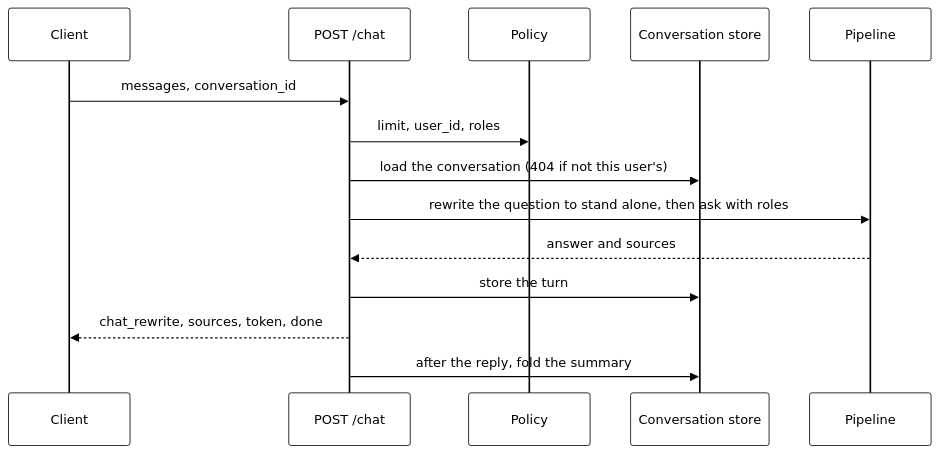
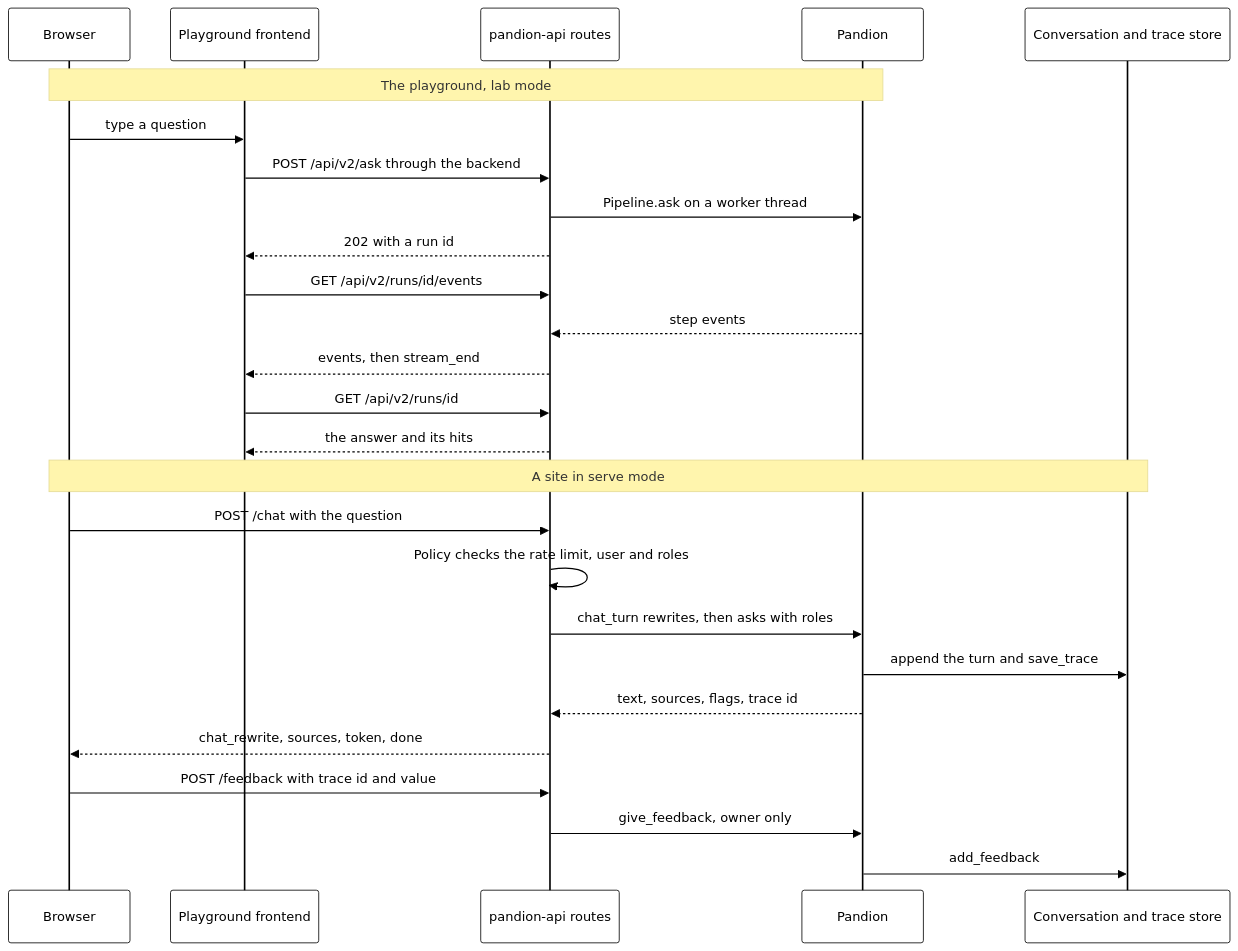
One commit to nadeem4/rag-playground changed the third of 4 diagrams in docs/architecture.md. Above: the diagram before and after it, drawn with Mermaid. The commit also changed other lines of this file, not shown here.

First line of the commit message:
docs: rewrite architecture around four diagrams (DOC3) (#269)

````diff
--- a/docs/architecture.md
+++ b/docs/architecture.md
@@ -460,17 +210,29 @@
 ```mermaid
 %%{init: {'theme':'base','themeVariables':{'primaryColor':'#ffffff','primaryTextColor':'#000000','primaryBorderColor':'#000000','lineColor':'#000000'}}}%%
 sequenceDiagram
-  participant C as Client
-  participant A as POST /chat
-  participant P as Policy
-  participant S as Conversation store
-  participant L as Pipeline
-  C->>A: messages, conversation_id
-  A->>P: limit, user_id, roles
-  A->>S: load the conversation (404 if not this user's)
-  A->>L: rewrite the question to stand alone, then ask with roles
-  L-->>A: answer and sources
-  A->>S: store the turn
-  A-->>C: chat_rewrite, sources, token, done
-  A->>S: after the reply, fold the summary
+    participant B as Browser
+    participant F as Playground frontend
+    participant A as pandion-api routes
+    participant P as Pandion
+    participant T as Conversation and trace store
+    Note over B,P: The playground, lab mode
+    B->>F: type a question
+    F->>A: POST /api/v2/ask through the backend
+    A->>P: Pipeline.ask on a worker thread
+    A-->>F: 202 with a run id
+    F->>A: GET /api/v2/runs/id/events
+    P-->>A: step events
+    A-->>F: events, then stream_end
+    F->>A: GET /api/v2/runs/id
+    A-->>F: the answer and its hits
+    Note over B,T: A site in serve mode
+    B->>A: POST /chat with the question
+    A->>A: Policy checks the rate limit, user and roles
+    A->>P: chat_turn rewrites, then asks with roles
+    P->>T: append the turn and save_trace
+    P-->>A: text, sources, flags, trace id
+    A-->>B: chat_rewrite, sources, token, done
+    B->>A: POST /feedback with trace id and value
+    A->>P: give_feedback, owner only
+    P->>T: add_feedback
 ```
````
